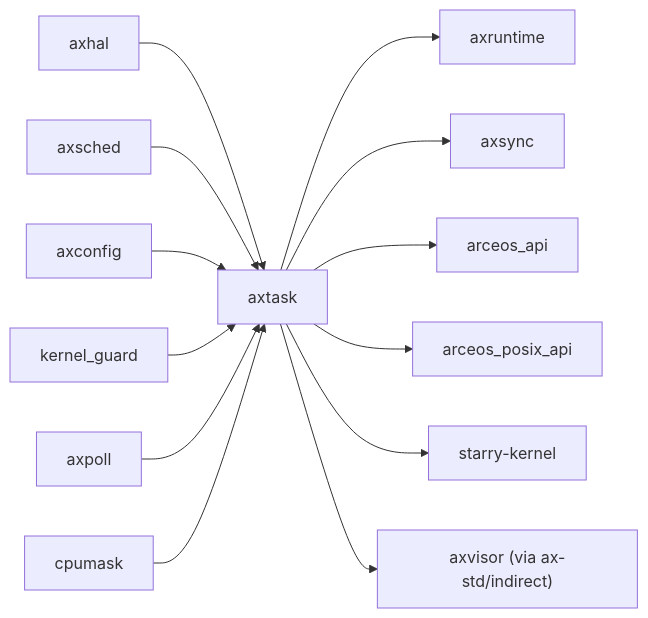
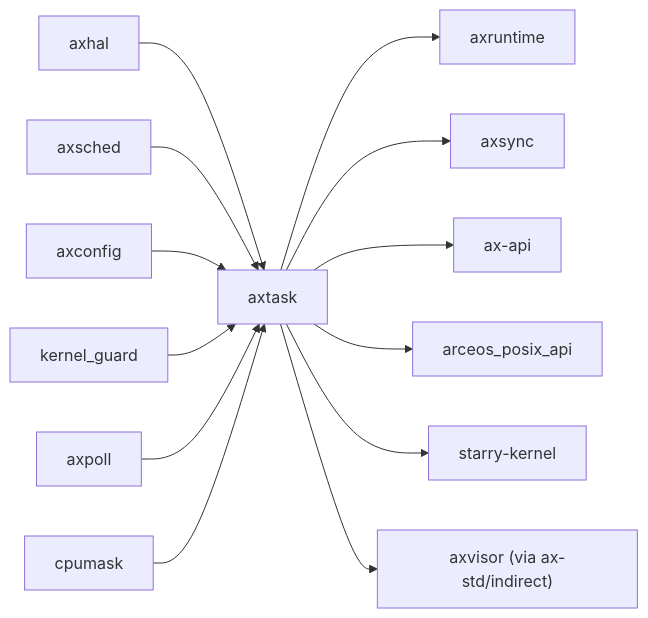
One commit to zKurisu/tgoskits changed the second of 2 diagrams in docs/crates/axtask.md. Above: the diagram before and after it, drawn with Mermaid. The commit also changed other lines of this file and 61 other files, not shown here.

Commit message:
rename arceos_api to ax-api

````diff
--- a/docs/crates/axtask.md
+++ b/docs/crates/axtask.md
@@ -122,16 +122,16 @@
 ```mermaid
 graph LR
     axhal["axhal"] --> axtask["axtask"]
     axsched["axsched"] --> axtask
     axconfig["axconfig"] --> axtask
     kernel_guard["kernel_guard"] --> axtask
     axpoll["axpoll"] --> axtask
     cpumask["cpumask"] --> axtask
 
     axtask --> axruntime["axruntime"]
     axtask --> axsync["axsync"]
-    axtask --> arceos_api["arceos_api"]
+    axtask --> ax-api["ax-api"]
     axtask --> arceos_posix_api["arceos_posix_api"]
     axtask --> starry["starry-kernel"]
     axtask --> axvisor["axvisor (via ax-std/indirect)"]
 ```
````
